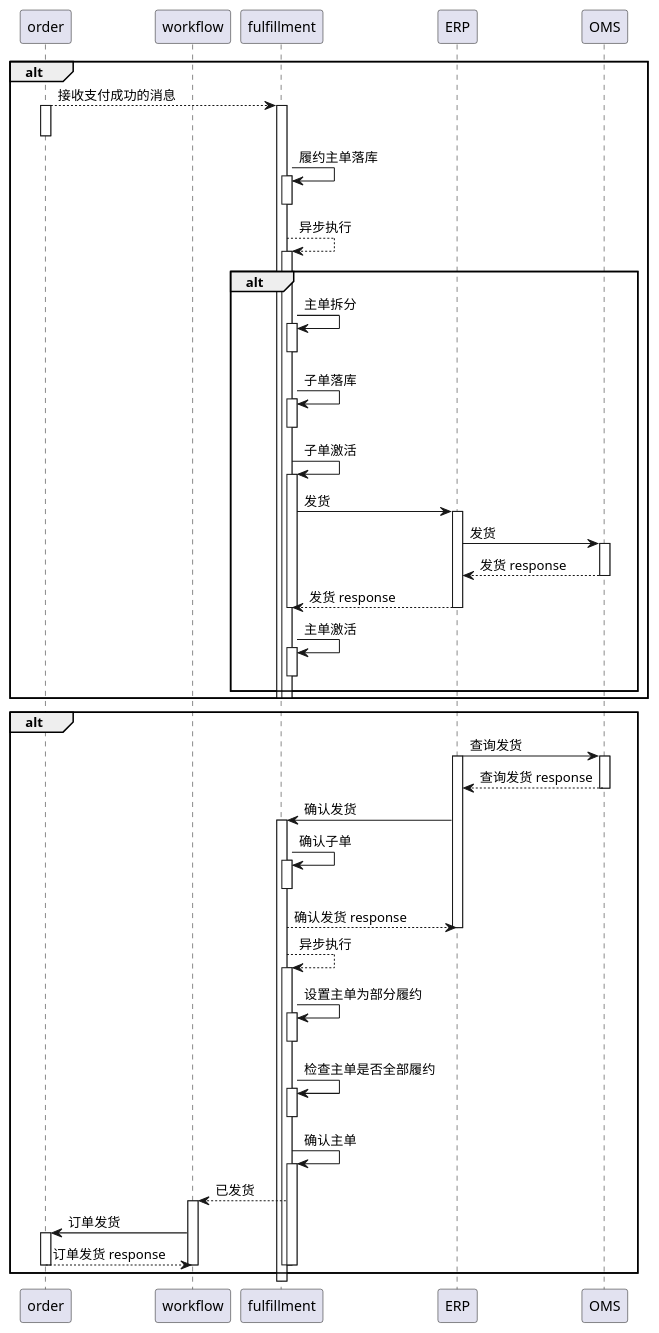
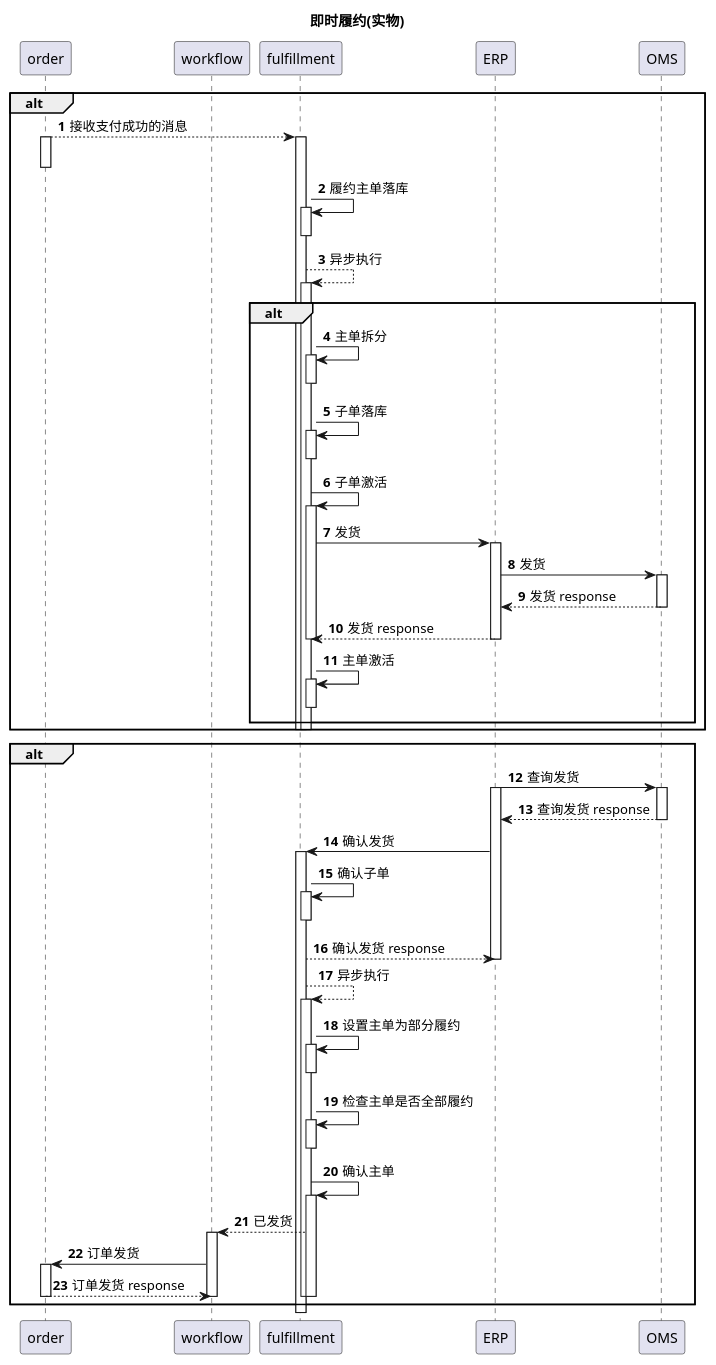
One commit to avords/lmmDemo changed the diagram in UMLDemo/src/main/uml/实物履约.puml. Above: the diagram before and after it, drawn with PlantUML. The commit also changed 4 other files, not shown here.

```diff
--- a/UMLDemo/src/main/uml/实物履约.puml
+++ b/UMLDemo/src/main/uml/实物履约.puml
@@ -1,89 +1,91 @@
 @startuml
+title 即时履约(实物)
+autonumber
 participant order
 participant workflow
 participant fulfillment
 participant ERP
 participant OMS
 
 alt
 order --> fulfillment:接收支付成功的消息
 activate order
 deactivate order
 
 activate fulfillment
 fulfillment -> fulfillment:履约主单落库
 activate fulfillment
 deactivate fulfillment
 fulfillment --> fulfillment:异步执行
 activate fulfillment
 
 alt
 fulfillment -> fulfillment:主单拆分
 activate fulfillment
 deactivate fulfillment
 
 fulfillment -> fulfillment:子单落库
 activate fulfillment
 deactivate fulfillment
 
 fulfillment -> fulfillment:子单激活
 activate fulfillment
 fulfillment -> ERP:发货
 activate ERP
 
 ERP->OMS:发货
 activate OMS
 OMS-->ERP:发货 response
 deactivate OMS
 ERP --> fulfillment:发货 response 
 deactivate ERP
 deactivate fulfillment
 fulfillment -> fulfillment:主单激活
 activate fulfillment
 deactivate fulfillment
 end
 
 deactivate fulfillment
 deactivate fulfillment
 end
 
 alt
 ERP -> OMS:查询发货
 activate ERP
 activate OMS
 OMS --> ERP:查询发货 response
 deactivate OMS
 ERP -> fulfillment:确认发货
 activate fulfillment
 
 fulfillment -> fulfillment:确认子单
 activate fulfillment
 deactivate fulfillment
 fulfillment --> ERP:确认发货 response
 deactivate ERP
 
 fulfillment --> fulfillment:异步执行
 activate fulfillment
 fulfillment -> fulfillment:设置主单为部分履约
 activate fulfillment
 deactivate fulfillment
 
 fulfillment -> fulfillment:检查主单是否全部履约
 activate fulfillment
 deactivate fulfillment
 
 fulfillment -> fulfillment:确认主单
 activate fulfillment
 fulfillment-->workflow:已发货
 activate workflow
 workflow -> order:订单发货
 activate order
 order-->workflow:订单发货 response
 deactivate order
 deactivate workflow
 deactivate fulfillment
 
 deactivate fulfillment
 end
 
 @enduml
```
